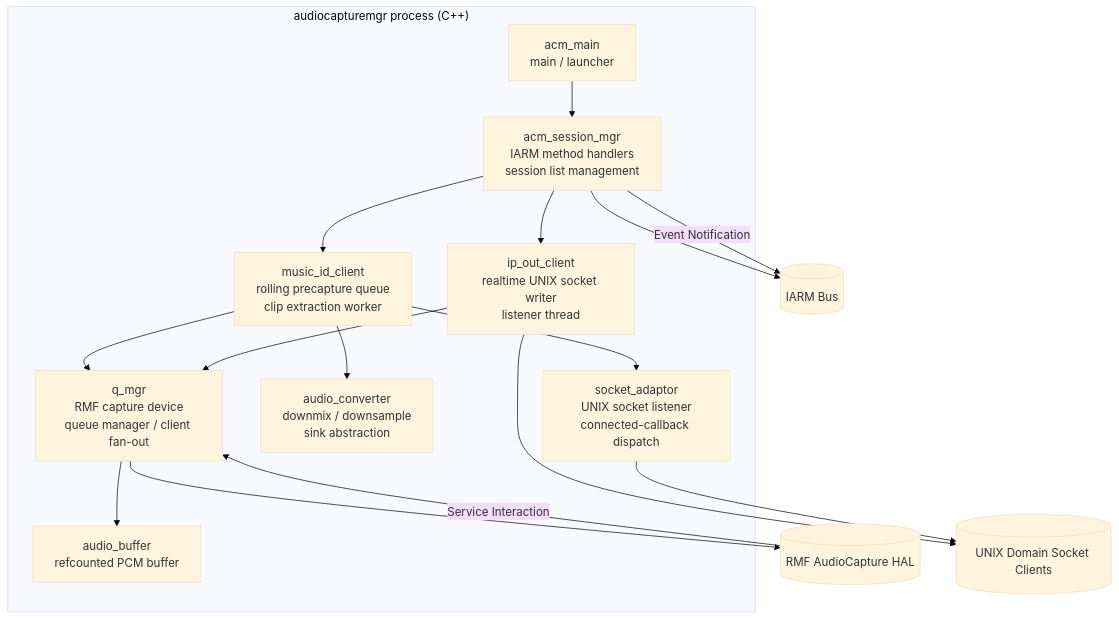
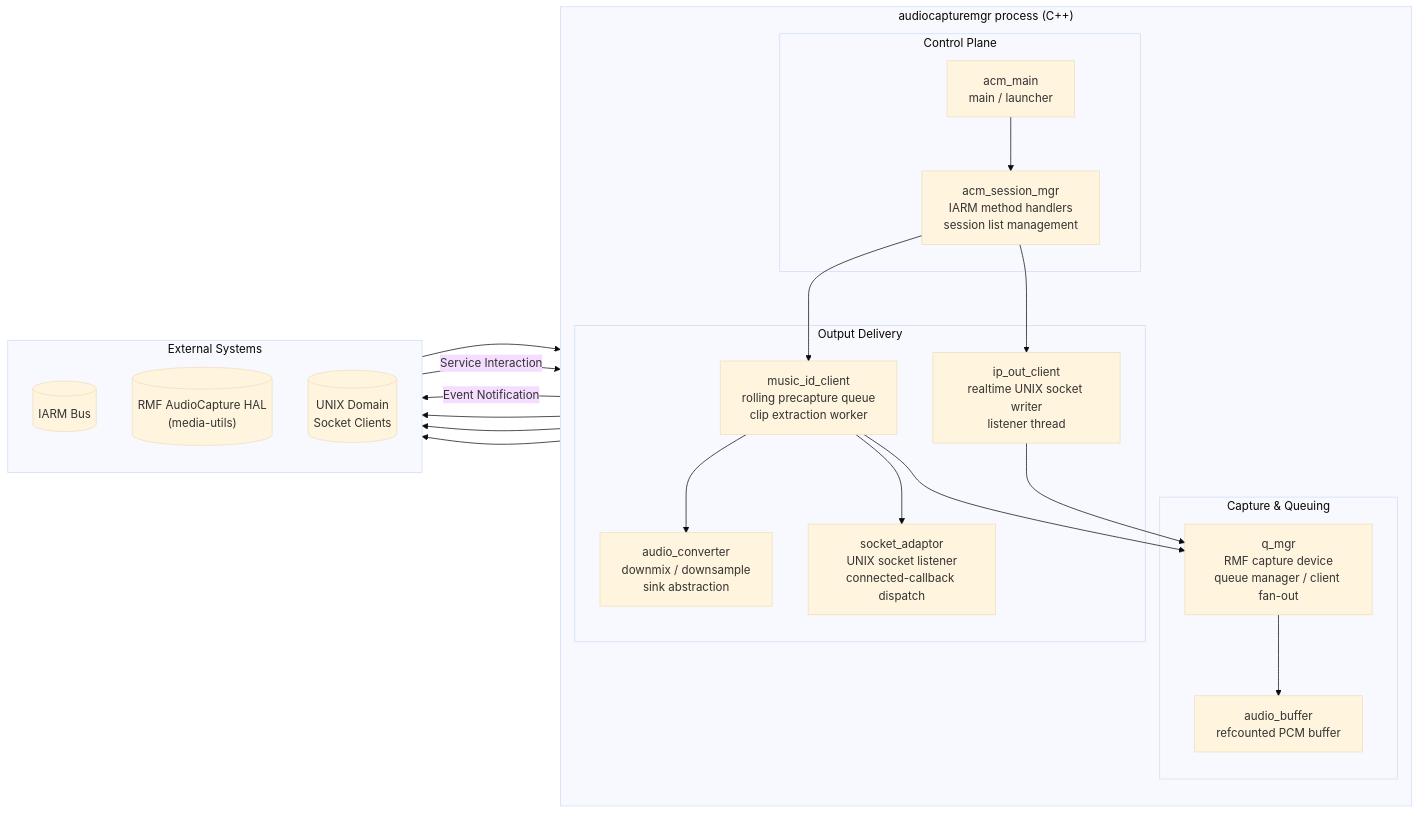
One commit to rns21/RDK_Documentation changed the second of 7 diagrams in docs/docu/RDKV-Documentations/audiocapturemgr.md. Above: the diagram before and after it, drawn with Mermaid (base theme). The commit also changed other lines of this file, not shown here.

````diff
--- a/docs/docu/RDKV-Documentations/audiocapturemgr.md
+++ b/docs/docu/RDKV-Documentations/audiocapturemgr.md
@@ -60,33 +58,43 @@
 ```mermaid
-graph TD
+graph LR
 
 subgraph Proc["audiocapturemgr process (C++)"]
-    Main["acm_main\nmain / launcher"]
-    SessionMgr["acm_session_mgr\nIARM method handlers\nsession list management"]
-    QMgr["q_mgr\nRMF capture device\nqueue manager / client fan-out"]
-    MID["music_id_client\nrolling precapture queue\nclip extraction worker"]
-    IPO["ip_out_client\nrealtime UNIX socket writer\nlistener thread"]
-    Conv["audio_converter\ndownmix / downsample\nsink abstraction"]
-    Sock["socket_adaptor\nUNIX socket listener\nconnected-callback dispatch"]
-    Buf["audio_buffer\nrefcounted PCM buffer"]
+    direction TB
+    subgraph Control["Control Plane"]
+        Main["acm_main\nmain / launcher"]
+        SessionMgr["acm_session_mgr\nIARM method handlers\nsession list management"]
+    end
+    subgraph Capture["Capture & Queuing"]
+        QMgr["q_mgr\nRMF capture device\nqueue manager / client fan-out"]
+        Buf["audio_buffer\nrefcounted PCM buffer"]
+    end
+    subgraph Delivery["Output Delivery"]
+        MID["music_id_client\nrolling precapture queue\nclip extraction worker"]
+        IPO["ip_out_client\nrealtime UNIX socket writer\nlistener thread"]
+        Conv["audio_converter\ndownmix / downsample\nsink abstraction"]
+        Sock["socket_adaptor\nUNIX socket listener\nconnected-callback dispatch"]
+    end
 end
 
-IARMBus[("IARM Bus")]
-RMFHAL[("RMF AudioCapture HAL")]
-UDSClients[("UNIX Domain Socket Clients")]
+subgraph External["External Systems"]
+    direction TB
+    IARMBus[("IARM Bus")]
+    RMFHAL[("RMF AudioCapture HAL\n(media-utils)")]
+    UDSClients[("UNIX Domain\nSocket Clients")]
+end
 
 Main --> SessionMgr
-SessionMgr --> IARMBus
+SessionMgr -->|Event Notification| IARMBus
+IARMBus --> SessionMgr
 SessionMgr --> MID
 SessionMgr --> IPO
 QMgr --> RMFHAL
 RMFHAL -->|Service Interaction| QMgr
 QMgr --> Buf
 MID --> QMgr
 MID --> Conv
 MID --> Sock
 IPO --> QMgr
 IPO --> UDSClients
 Sock --> UDSClients
-SessionMgr -->|Event Notification| IARMBus
 ```
````
